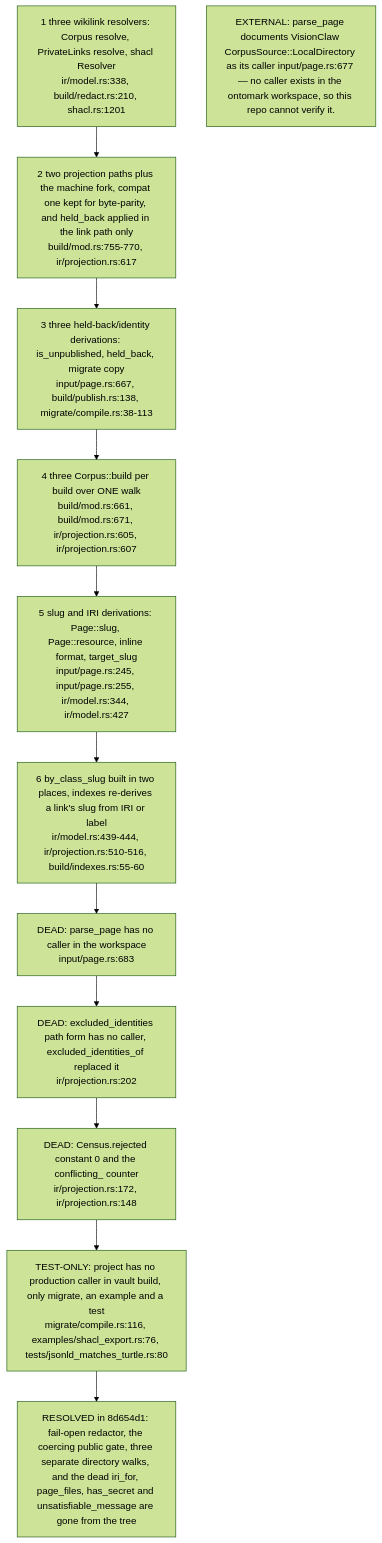
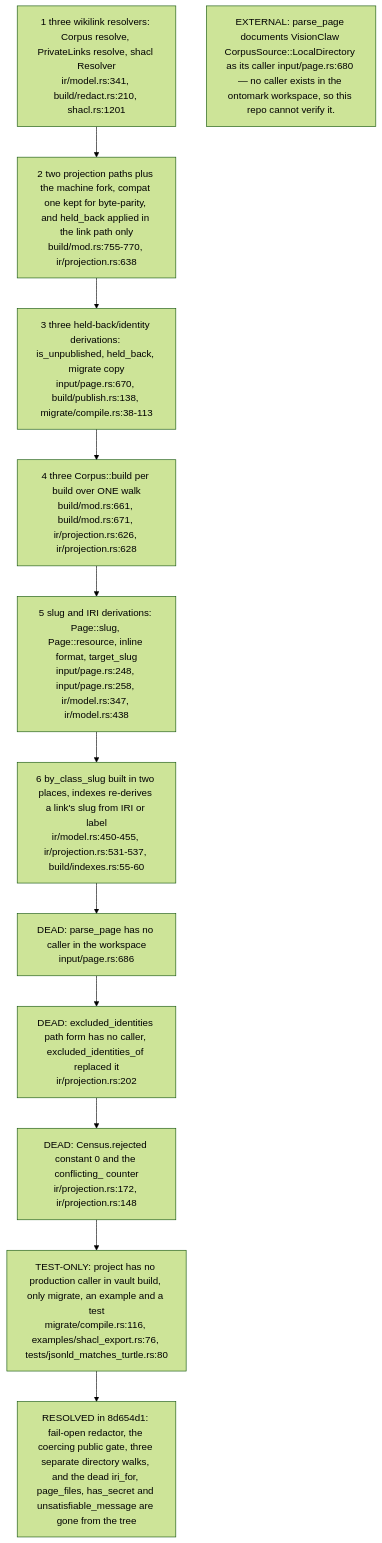
The sixth of 6 diagrams in docs/diagrams/ontomark/02-ir-corpus-projection-and-redaction.md (DreamLab-AI/VisionFlow), drawn with Mermaid (forest theme) before and after one commit. The commit also changed other lines of this file and 70 other files, not shown here.

First line of the commit message:
docs(diagrams): re-verify 69 topics at current default-branch heads

````diff
--- a/docs/diagrams/ontomark/02-ir-corpus-projection-and-redaction.md
+++ b/docs/diagrams/ontomark/02-ir-corpus-projection-and-redaction.md
@@ -207,18 +214,18 @@
 ```mermaid
 flowchart TD
-    R1["1 three wikilink resolvers: Corpus resolve, PrivateLinks resolve, shacl Resolver<br/>ir/model.rs:338, build/redact.rs:210, shacl.rs:1201"]
-    R2["2 two projection paths plus the machine fork, compat one kept for byte-parity, and held_back applied in the link path only<br/>build/mod.rs:755-770, ir/projection.rs:617"]
-    R3["3 three held-back/identity derivations: is_unpublished, held_back, migrate copy<br/>input/page.rs:667, build/publish.rs:138, migrate/compile.rs:38-113"]
-    R4["4 three Corpus::build per build over ONE walk<br/>build/mod.rs:661, build/mod.rs:671, ir/projection.rs:605, ir/projection.rs:607"]
-    R5["5 slug and IRI derivations: Page::slug, Page::resource, inline format, target_slug<br/>input/page.rs:245, input/page.rs:255, ir/model.rs:344, ir/model.rs:427"]
-    R6["6 by_class_slug built in two places, indexes re-derives a link's slug from IRI or label<br/>ir/model.rs:439-444, ir/projection.rs:510-516, build/indexes.rs:55-60"]
-    D1["DEAD: parse_page has no caller in the workspace<br/>input/page.rs:683"]
+    R1["1 three wikilink resolvers: Corpus resolve, PrivateLinks resolve, shacl Resolver<br/>ir/model.rs:341, build/redact.rs:210, shacl.rs:1201"]
+    R2["2 two projection paths plus the machine fork, compat one kept for byte-parity, and held_back applied in the link path only<br/>build/mod.rs:755-770, ir/projection.rs:638"]
+    R3["3 three held-back/identity derivations: is_unpublished, held_back, migrate copy<br/>input/page.rs:670, build/publish.rs:138, migrate/compile.rs:38-113"]
+    R4["4 three Corpus::build per build over ONE walk<br/>build/mod.rs:661, build/mod.rs:671, ir/projection.rs:626, ir/projection.rs:628"]
+    R5["5 slug and IRI derivations: Page::slug, Page::resource, inline format, target_slug<br/>input/page.rs:248, input/page.rs:258, ir/model.rs:347, ir/model.rs:438"]
+    R6["6 by_class_slug built in two places, indexes re-derives a link's slug from IRI or label<br/>ir/model.rs:450-455, ir/projection.rs:531-537, build/indexes.rs:55-60"]
+    D1["DEAD: parse_page has no caller in the workspace<br/>input/page.rs:686"]
     D2["DEAD: excluded_identities path form has no caller, excluded_identities_of replaced it<br/>ir/projection.rs:202"]
     D3["DEAD: Census.rejected constant 0 and the conflicting_ counter<br/>ir/projection.rs:172, ir/projection.rs:148"]
     D4["TEST-ONLY: project has no production caller in vault build, only migrate, an example and a test<br/>migrate/compile.rs:116, examples/shacl_export.rs:76, tests/jsonld_matches_turtle.rs:80"]
     X1["RESOLVED in 8d654d1: fail-open redactor, the coercing public gate, three separate directory walks, and the dead iri_for, page_files, has_secret and unsatisfiable_message are gone from the tree"]
-    n1["EXTERNAL: parse_page documents VisionClaw CorpusSource::LocalDirectory as its caller input/page.rs:677 — no caller exists in the ontomark workspace, so this repo cannot verify it."]
+    n1["EXTERNAL: parse_page documents VisionClaw CorpusSource::LocalDirectory as its caller input/page.rs:680 — no caller exists in the ontomark workspace, so this repo cannot verify it."]
     R1 --> R2 --> R3 --> R4 --> R5 --> R6
     R6 --> D1 --> D2 --> D3 --> D4
     D4 --> X1
 ```
````
